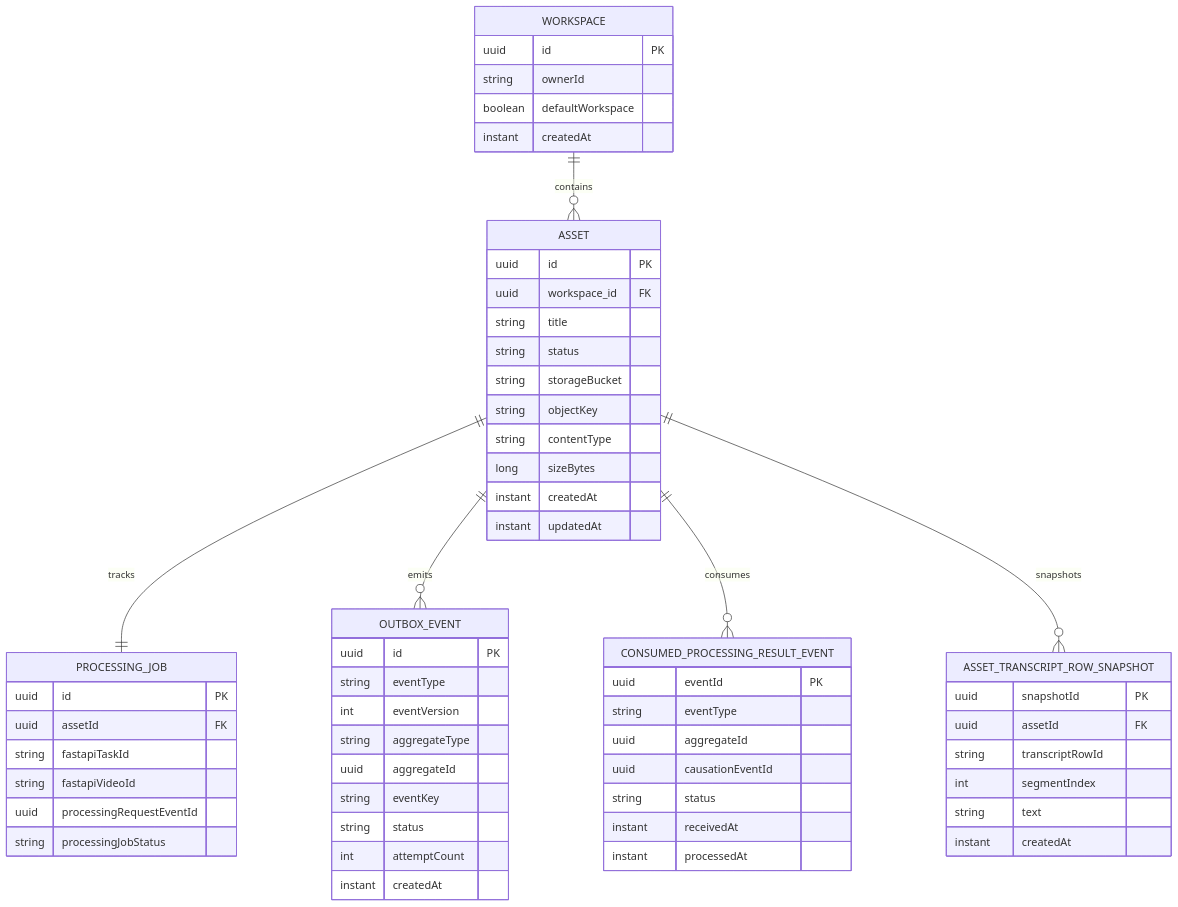
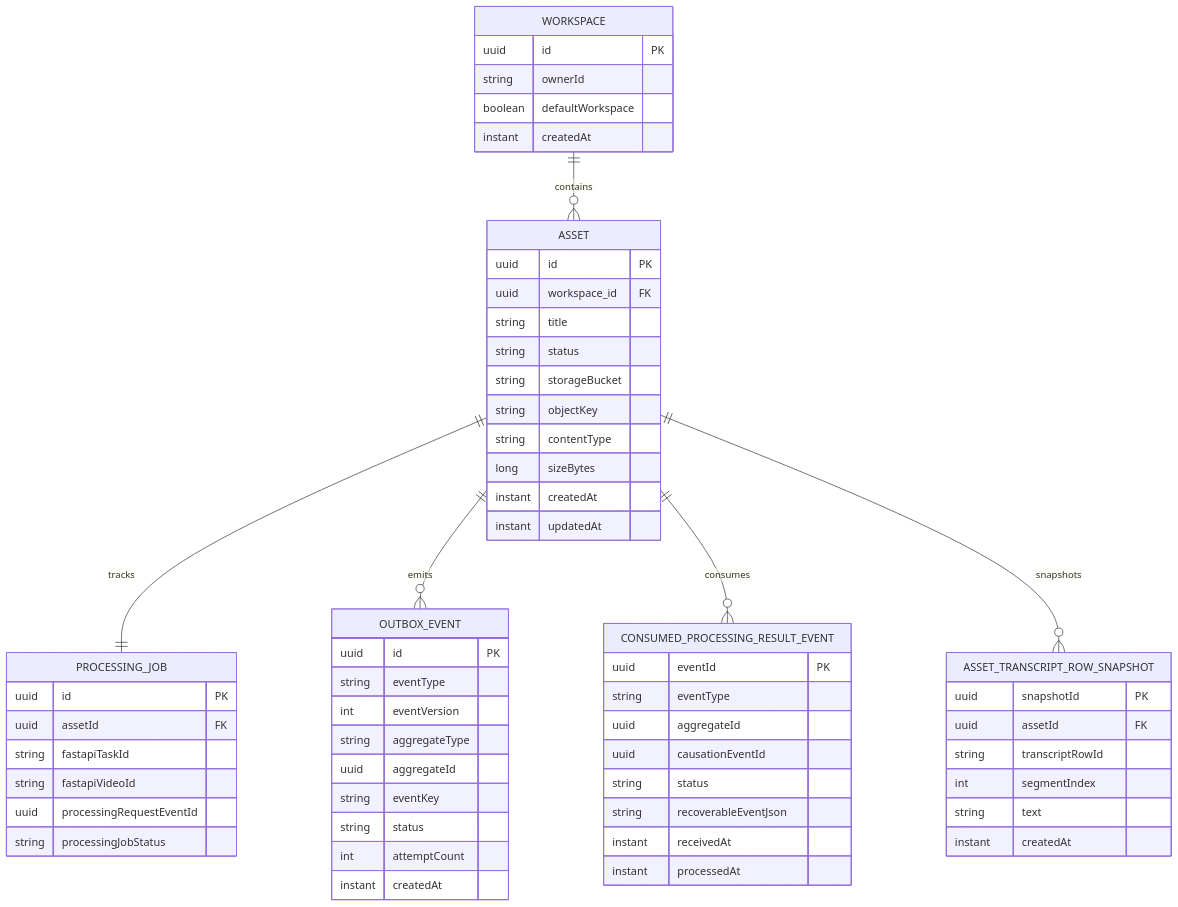
One commit to quangducnguyen1205/ai-knowledge-workspace changed the first of 2 diagrams in docs/data/Database.md. Above: the diagram before and after it, drawn with Mermaid. The commit also changed other lines of this file and 22 other files, not shown here.

````diff
--- a/docs/data/Database.md
+++ b/docs/data/Database.md
@@ -43,68 +45,69 @@
 ```mermaid
 erDiagram
     WORKSPACE ||--o{ ASSET : contains
     ASSET ||--|| PROCESSING_JOB : tracks
     ASSET ||--o{ OUTBOX_EVENT : emits
     ASSET ||--o{ CONSUMED_PROCESSING_RESULT_EVENT : consumes
     ASSET ||--o{ ASSET_TRANSCRIPT_ROW_SNAPSHOT : snapshots
 
     WORKSPACE {
         uuid id PK
         string ownerId
         boolean defaultWorkspace
         instant createdAt
     }
 
     ASSET {
         uuid id PK
         uuid workspace_id FK
         string title
         string status
         string storageBucket
         string objectKey
         string contentType
         long sizeBytes
         instant createdAt
         instant updatedAt
     }
 
     PROCESSING_JOB {
         uuid id PK
         uuid assetId FK
         string fastapiTaskId
         string fastapiVideoId
         uuid processingRequestEventId
         string processingJobStatus
     }
 
     OUTBOX_EVENT {
         uuid id PK
         string eventType
         int eventVersion
         string aggregateType
         uuid aggregateId
         string eventKey
         string status
         int attemptCount
         instant createdAt
     }
 
     CONSUMED_PROCESSING_RESULT_EVENT {
         uuid eventId PK
         string eventType
         uuid aggregateId
         uuid causationEventId
         string status
+        string recoverableEventJson
         instant receivedAt
         instant processedAt
     }
 
     ASSET_TRANSCRIPT_ROW_SNAPSHOT {
         uuid snapshotId PK
         uuid assetId FK
         string transcriptRowId
         int segmentIndex
         string text
         instant createdAt
     }
 ```
````
